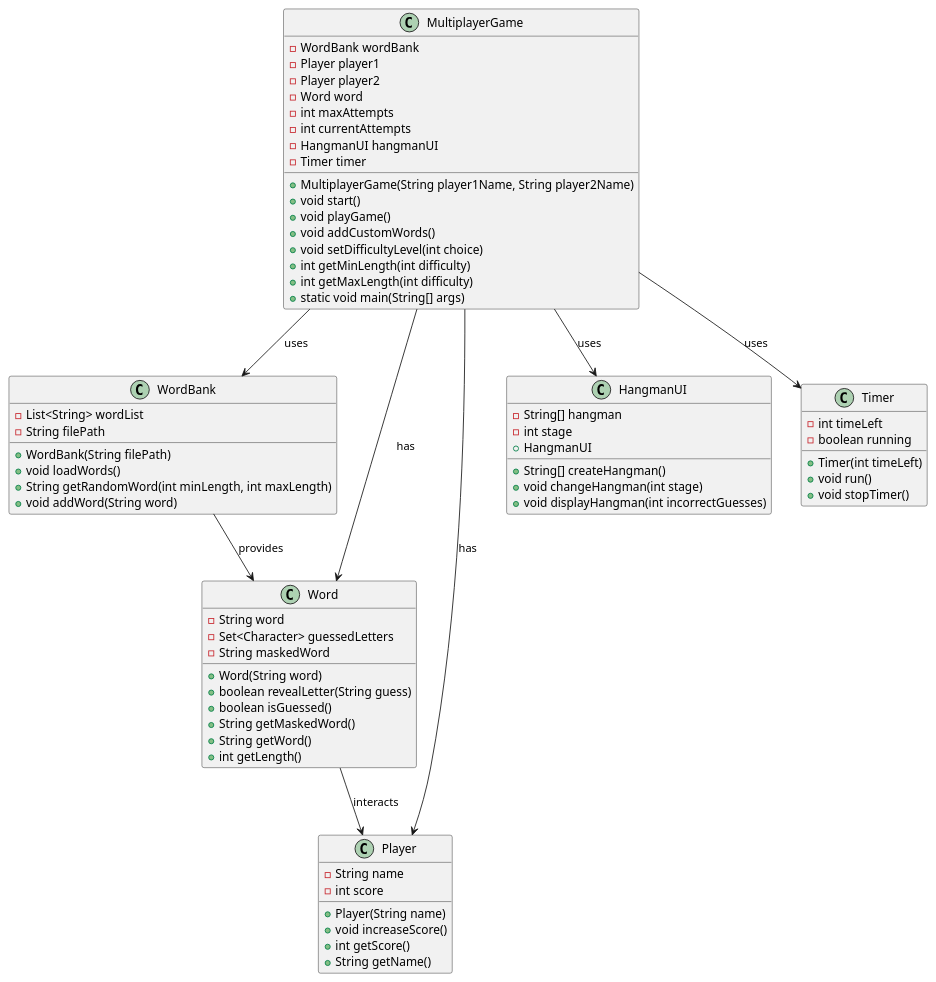
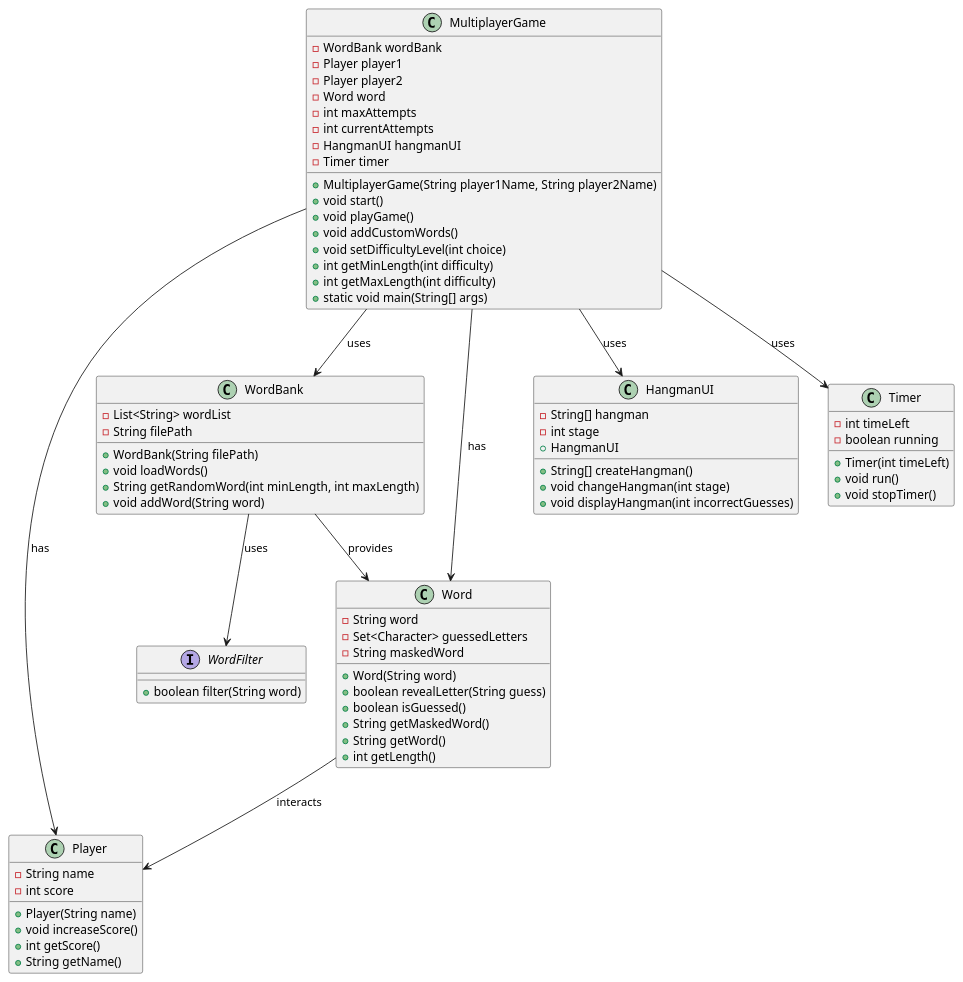
One commit to dci-fbw-j-24-e02/The-Competition-Project1 changed the diagram in ClassDiagram.puml. Above: the diagram before and after it, drawn with PlantUML.

Commit message:
Added WordFilter interface to Class Diagram

```diff
--- a/ClassDiagram.puml
+++ b/ClassDiagram.puml
@@ -1,77 +1,82 @@
 @startuml
 
 class WordBank {
     - List<String> wordList
     - String filePath
     + WordBank(String filePath)
     + void loadWords()
     + String getRandomWord(int minLength, int maxLength)
     + void addWord(String word)
+}
+
+interface WordFilter{
+    + boolean filter(String word)
 }
 
 class Player {
     - String name
     - int score
     + Player(String name)
     + void increaseScore()
     + int getScore()
     + String getName()
 }
 
 class Word {
     - String word
     - Set<Character> guessedLetters
     - String maskedWord
     + Word(String word)
     + boolean revealLetter(String guess)
     + boolean isGuessed()
     + String getMaskedWord()
     + String getWord()
     + int getLength()
 }
 
 class HangmanUI {
     - String[] hangman
     - int stage
     + HangmanUI
     + String[] createHangman()
     + void changeHangman(int stage)
     + void displayHangman(int incorrectGuesses)
 }
 
 class Timer {
     - int timeLeft
     - boolean running
     + Timer(int timeLeft)
     + void run()
     + void stopTimer()
 }
 
 class MultiplayerGame {
     - WordBank wordBank
     - Player player1
     - Player player2
     - Word word
     - int maxAttempts
     - int currentAttempts
     - HangmanUI hangmanUI
     - Timer timer
     + MultiplayerGame(String player1Name, String player2Name)
     + void start()
     + void playGame()
     + void addCustomWords()
     + void setDifficultyLevel(int choice)
     + int getMinLength(int difficulty)
     + int getMaxLength(int difficulty)
     + static void main(String[] args)
 }
 
 MultiplayerGame --> WordBank : uses
 MultiplayerGame --> Player : has
 MultiplayerGame --> Word : has
 MultiplayerGame --> HangmanUI : uses
 MultiplayerGame --> Timer : uses
+WordBank --> WordFilter : uses
 WordBank --> Word : provides
 Word --> Player : interacts
 
 @enduml
```
